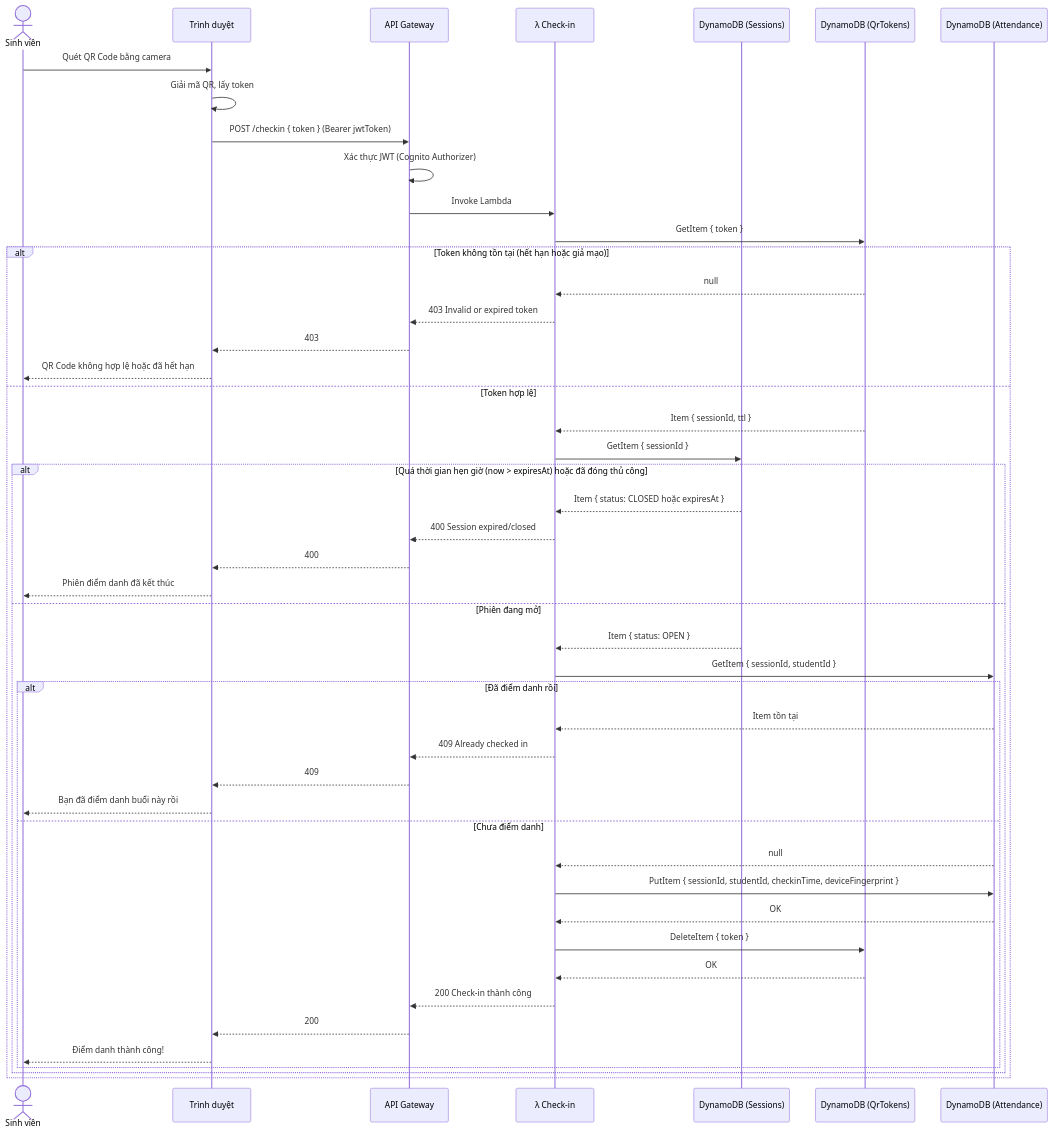
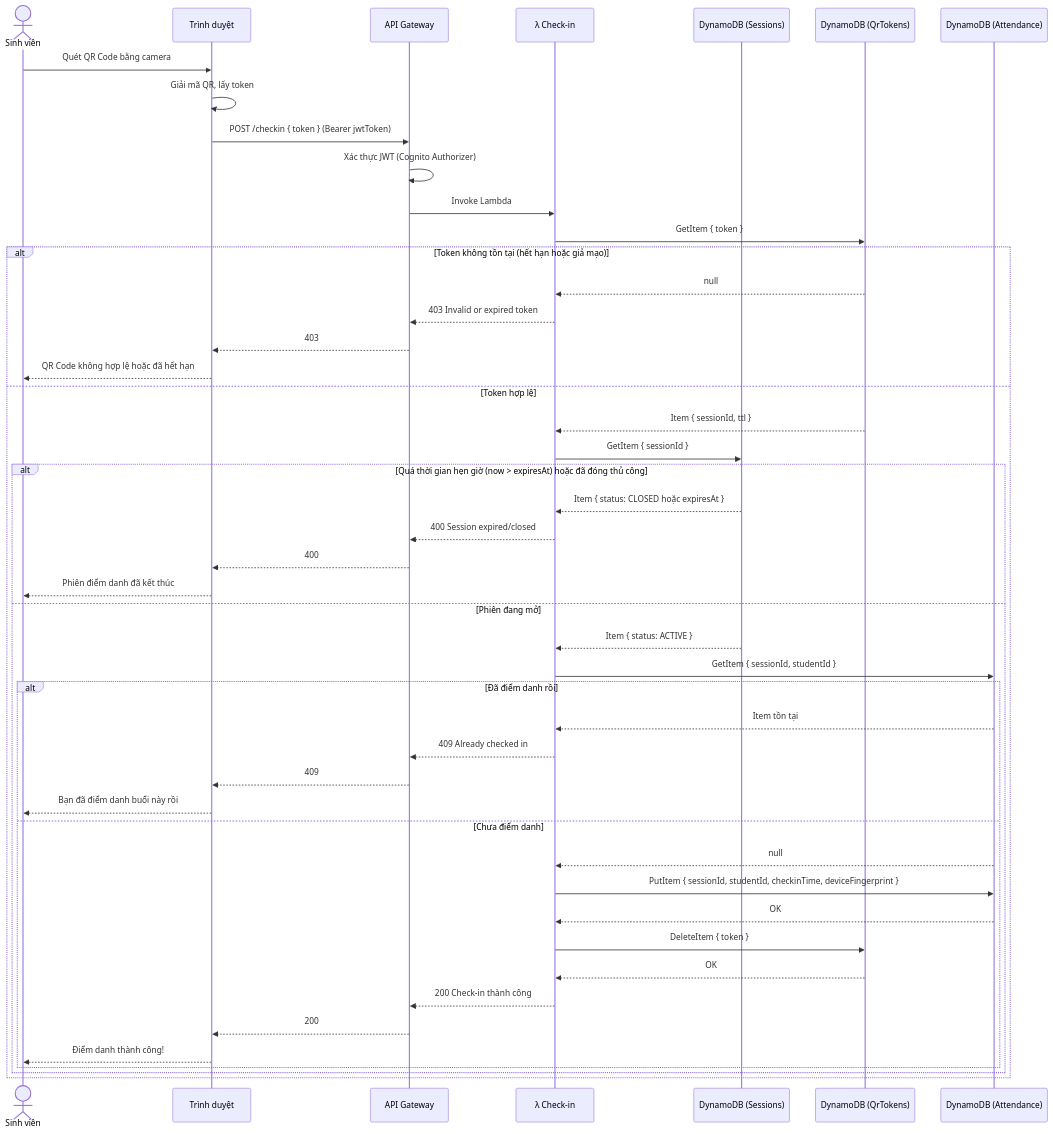
One commit to kentdoan/qr-attendance changed the seventh of 9 diagrams in docs/SRS.md. Above: the diagram before and after it, drawn with Mermaid. The commit also changed other lines of this file and 1 other file, not shown here.

````diff
--- a/docs/SRS.md
+++ b/docs/SRS.md
@@ -230,57 +230,57 @@
 ```mermaid
 sequenceDiagram
     actor SV as Sinh viên
     participant APP as Trình duyệt
     participant APIGW as API Gateway
     participant Checkin as λ Check-in
     participant SessionDB as DynamoDB (Sessions)
     participant TokenDB as DynamoDB (QrTokens)
     participant AttendDB as DynamoDB (Attendance)
 
     SV->>APP: Quét QR Code bằng camera
     APP->>APP: Giải mã QR, lấy token
     APP->>APIGW: POST /checkin { token } (Bearer jwtToken)
     APIGW->>APIGW: Xác thực JWT (Cognito Authorizer)
     APIGW->>Checkin: Invoke Lambda
 
     Checkin->>TokenDB: GetItem { token }
 
     alt Token không tồn tại (hết hạn hoặc giả mạo)
         TokenDB-->>Checkin: null
         Checkin-->>APIGW: 403 Invalid or expired token
         APIGW-->>APP: 403
         APP-->>SV: QR Code không hợp lệ hoặc đã hết hạn
 
     else Token hợp lệ
         TokenDB-->>Checkin: Item { sessionId, ttl }
         Checkin->>SessionDB: GetItem { sessionId }
         
         alt Quá thời gian hẹn giờ (now > expiresAt) hoặc đã đóng thủ công
             SessionDB-->>Checkin: Item { status: CLOSED hoặc expiresAt }
             Checkin-->>APIGW: 400 Session expired/closed
             APIGW-->>APP: 400
             APP-->>SV: Phiên điểm danh đã kết thúc
             
         else Phiên đang mở
-            SessionDB-->>Checkin: Item { status: OPEN }
+            SessionDB-->>Checkin: Item { status: ACTIVE }
             Checkin->>AttendDB: GetItem { sessionId, studentId }
 
             alt Đã điểm danh rồi
                 AttendDB-->>Checkin: Item tồn tại
                 Checkin-->>APIGW: 409 Already checked in
                 APIGW-->>APP: 409
                 APP-->>SV: Bạn đã điểm danh buổi này rồi
 
             else Chưa điểm danh
                 AttendDB-->>Checkin: null
                 Checkin->>AttendDB: PutItem { sessionId, studentId, checkinTime, deviceFingerprint }
                 AttendDB-->>Checkin: OK
                 Checkin->>TokenDB: DeleteItem { token }
                 TokenDB-->>Checkin: OK
                 Checkin-->>APIGW: 200 Check-in thành công
                 APIGW-->>APP: 200
                 APP-->>SV: Điểm danh thành công!
             end
         end
     end
 ```
````
